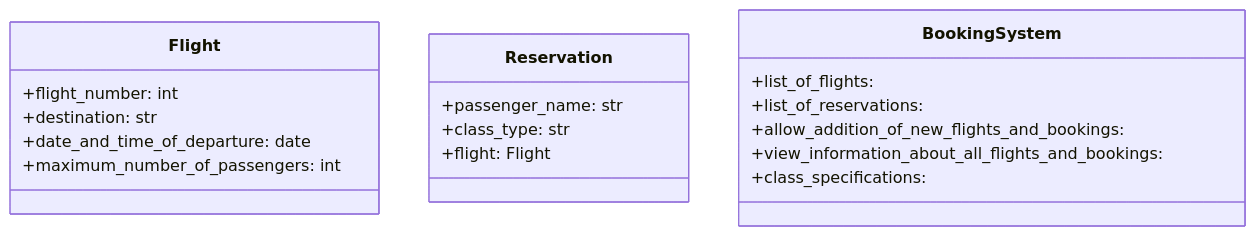
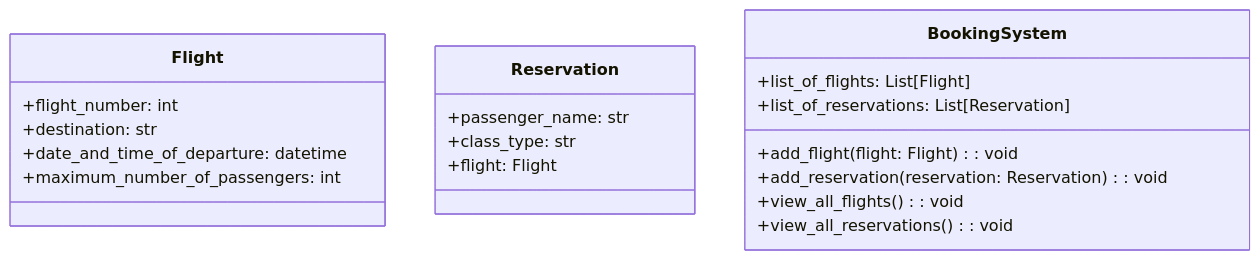
One commit to LucaPontellini/Homepage changed the diagram in Computer_science/New_Python_exercises/Exercises_with_MarmaidJS/Pontellini_027.md. Above: the diagram before and after it, drawn with Mermaid.

````diff
--- a/Computer_science/New_Python_exercises/Exercises_with_MarmaidJS/Pontellini_027.md
+++ b/Computer_science/New_Python_exercises/Exercises_with_MarmaidJS/Pontellini_027.md
@@ -27,24 +27,25 @@
 ```mermaid
 
 classDiagram
     class Flight {
         +flight_number: int
         +destination: str
-        +date_and_time_of_departure: date
+        +date_and_time_of_departure: datetime
         +maximum_number_of_passengers: int
     }
 
     class Reservation {
         +passenger_name: str
         +class_type: str
         +flight: Flight
     }
 
     class BookingSystem {
-        +list_of_flights:
-        +list_of_reservations:
-        +allow_addition_of_new_flights_and_bookings:
-        +view_information_about_all_flights_and_bookings:
-        +class_specifications:
+        +list_of_flights: List[Flight]
+        +list_of_reservations: List[Reservation]
+        +add_flight(flight: Flight): void
+        +add_reservation(reservation: Reservation): void
+        +view_all_flights(): void
+        +view_all_reservations(): void
     }
 ```
````
